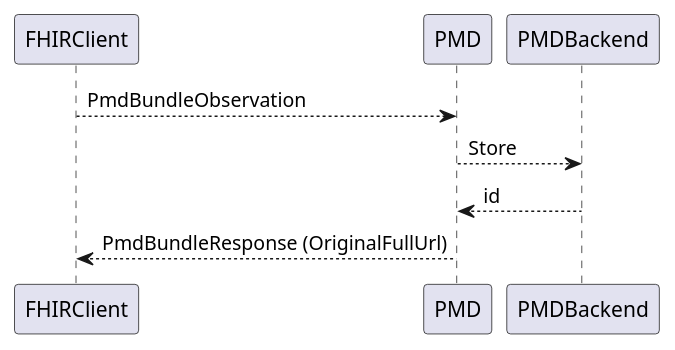
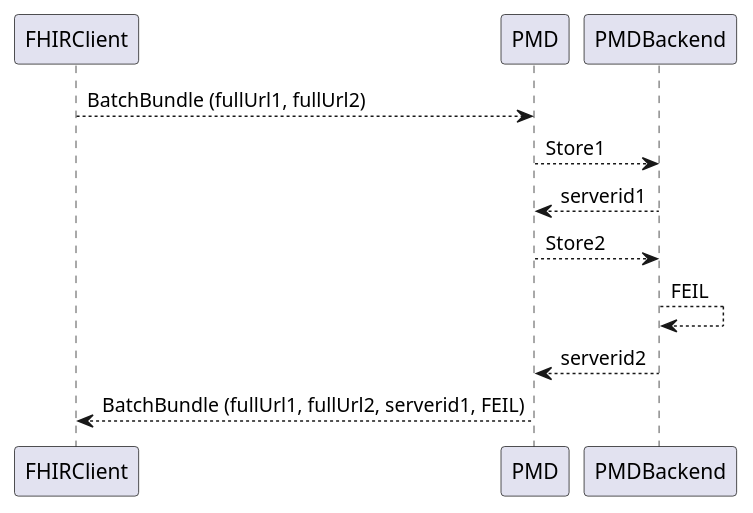
One commit to HL7Norway/VkpObservation changed the diagram in VkpObservation/input/images-source/pmd-bundle.plantuml. Above: the diagram before and after it, drawn with PlantUML. The commit also changed 3 other files, not shown here.

Commit message:
Batch bundle use-case

```diff
--- a/VkpObservation/input/images-source/pmd-bundle.plantuml
+++ b/VkpObservation/input/images-source/pmd-bundle.plantuml
@@ -1,6 +1,9 @@
 @startuml
-FHIRClient --> PMD: PmdBundleObservation 
-PMD --> PMDBackend: Store
-PMDBackend --> PMD: id
-PMD --> FHIRClient: PmdBundleResponse (OriginalFullUrl)
+FHIRClient --> PMD: BatchBundle (fullUrl1, fullUrl2) 
+PMD --> PMDBackend: Store1
+PMDBackend --> PMD: serverid1
+PMD --> PMDBackend: Store2
+PMDBackend --> PMDBackend: FEIL
+PMDBackend --> PMD: serverid2
+PMD --> FHIRClient: BatchBundle (fullUrl1, fullUrl2, serverid1, FEIL)
 @enduml
```
